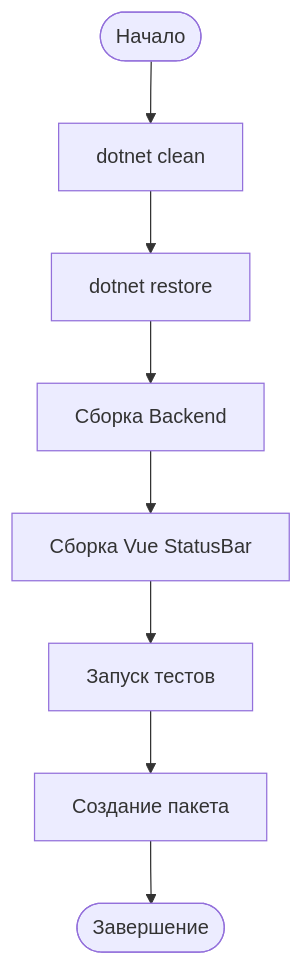
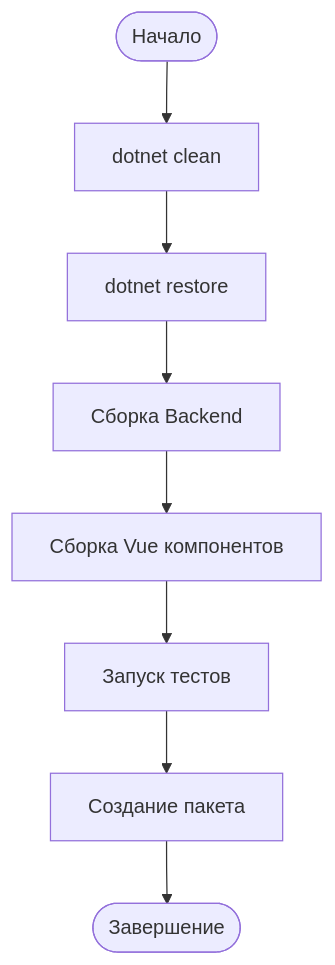
One commit to tn-ivk/tn-doc changed the first of 2 diagrams in docs/development/building.md. Above: the diagram before and after it, drawn with Mermaid. The commit also changed other lines of this file and 6 other files, not shown here.

````diff
--- a/docs/development/building.md
+++ b/docs/development/building.md
@@ -5,10 +5,10 @@
 ```mermaid
 flowchart TB
     Start([Начало]) --> Clean[dotnet clean]
     Clean --> Restore[dotnet restore]
     Restore --> BuildBackend[Сборка Backend]
-    BuildBackend --> BuildVue[Сборка Vue StatusBar]
+    BuildBackend --> BuildVue[Сборка Vue компонентов]
     BuildVue --> Tests[Запуск тестов]
     Tests --> Package[Создание пакета]
     Package --> End([Завершение])
 ```
````
